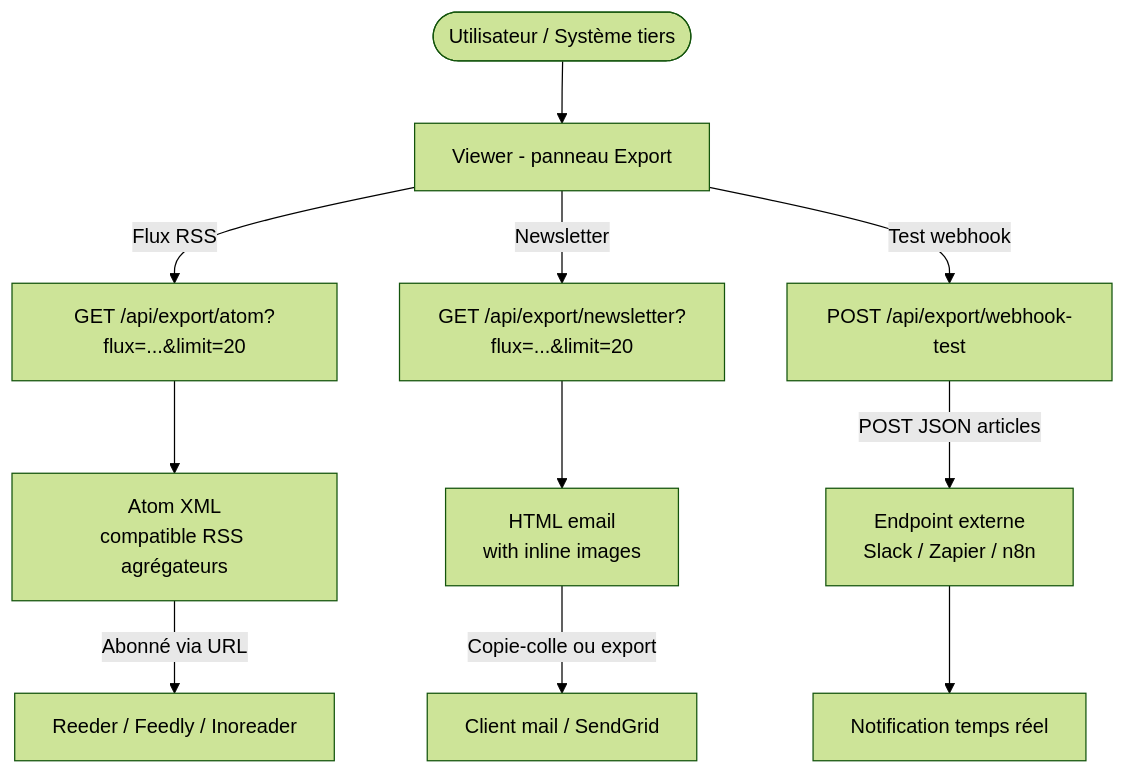
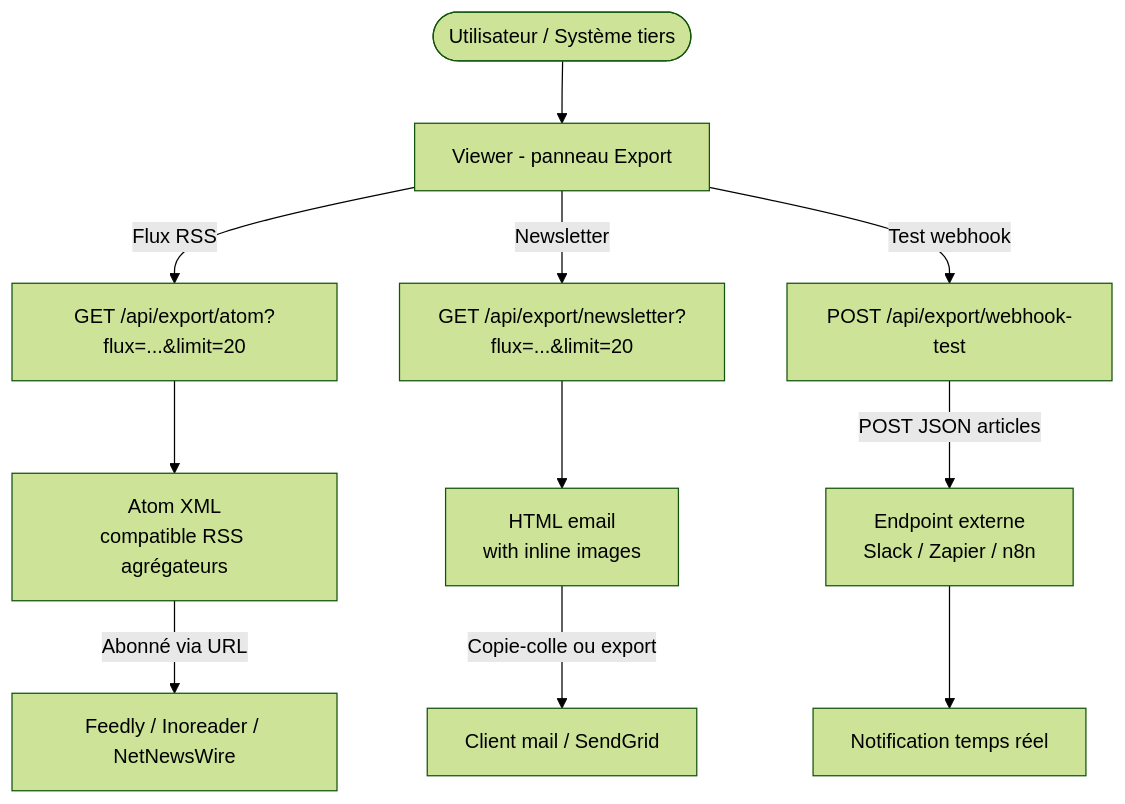
One commit to pat-the-geek/AnalyseActualites changed diagram 14 of 15 in docs/USE_CASES.md. Above: the diagram before and after it, drawn with Mermaid (forest theme). The commit also changed other lines of this file and 10 other files, not shown here.

First line of the commit message:
docs: suppression de toutes les références à Reeder, remplacement par flux JSON par URL HTTP

````diff
--- a/docs/USE_CASES.md
+++ b/docs/USE_CASES.md
@@ -650,16 +650,16 @@
 ```mermaid
 flowchart TD
     U([Utilisateur / Système tiers]) --> V[Viewer - panneau Export]
 
     V -->|Flux RSS| A1[GET /api/export/atom?flux=...&limit=20]
     A1 --> F1[Atom XML\ncompatible RSS agrégateurs]
-    F1 -->|Abonné via URL| AGG[Reeder / Feedly / Inoreader]
+    F1 -->|Abonné via URL| AGG[Feedly / Inoreader / NetNewsWire]
 
     V -->|Newsletter| A2[GET /api/export/newsletter?flux=...&limit=20]
     A2 --> F2[HTML email\nwith inline images]
     F2 -->|Copie-colle ou export| ML[Client mail / SendGrid]
 
     V -->|Test webhook| A3[POST /api/export/webhook-test]
     A3 -->|POST JSON articles| WH[Endpoint externe\nSlack / Zapier / n8n]
     WH --> NOTIF[Notification temps réel]
 ```
````
